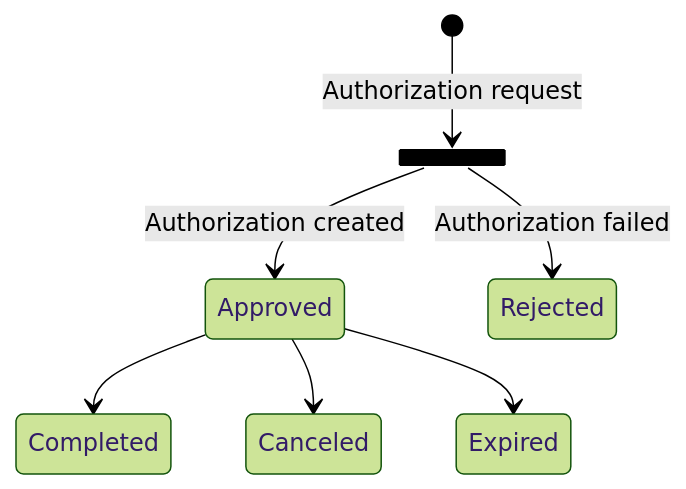
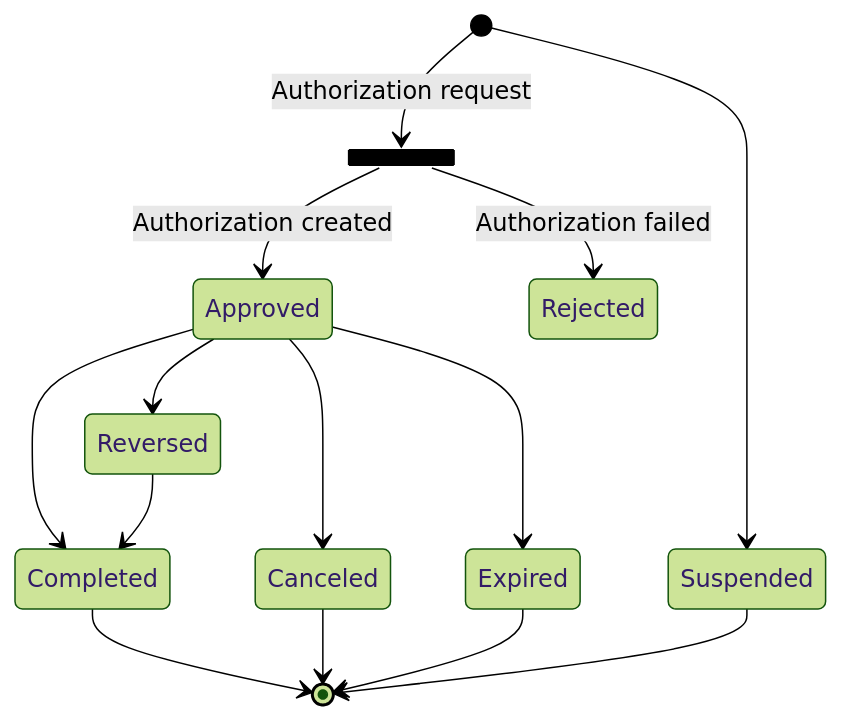
Before and after one commit to pomme-clic/s-money-documentation: the first of 3 diagrams in docs/usecases/cards/operations/CardsOperations.md, drawn with Mermaid (forest theme). The commit also changed other lines of this file, not shown here.

Commit message:
Add reversed and suspended status

````diff
--- a/docs/usecases/cards/operations/CardsOperations.md
+++ b/docs/usecases/cards/operations/CardsOperations.md
@@ -12,10 +12,17 @@
 ```mermaid
 stateDiagram-v2
  state fork_state <<fork>>
       [*] --> fork_state: Authorization request
+	  [*] --> Suspended
       fork_state --> Approved: Authorization created
       fork_state --> Rejected: Authorization failed
     Approved --> Completed
+	Approved --> Reversed
+	Reversed --> Completed
     Approved --> Canceled 
     Approved--> Expired
+	Completed --> [*]
+	Canceled --> [*]
+	Expired --> [*]
+	Suspended --> [*]
 ```
````
